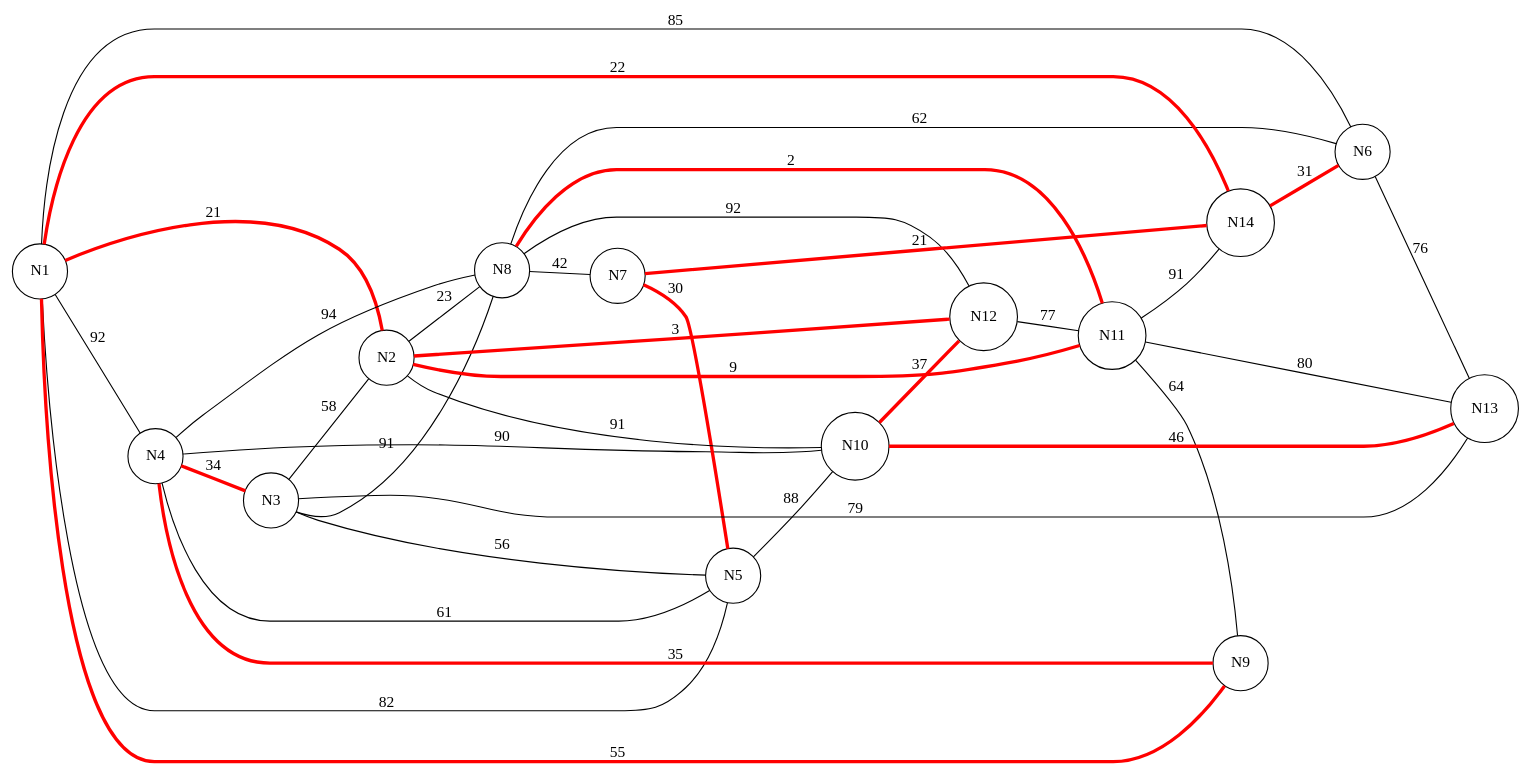
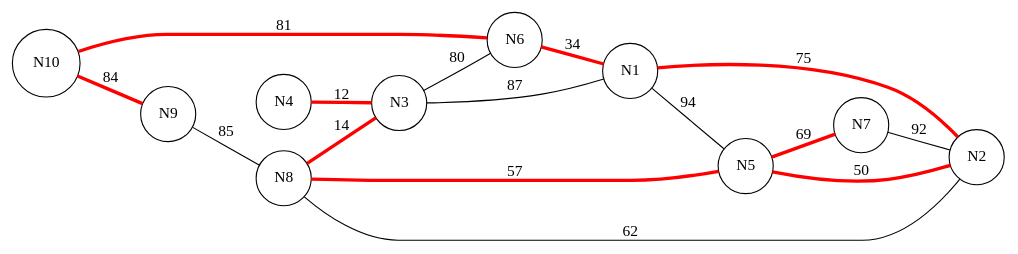
Before and after one commit to derqqx/ass3daa: the diagram in graph_1_kruskal.dot, drawn with Graphviz. The commit also changed 15 other files, not shown here.

Commit message:
git commit -m "feat: implement Graph and Edge classes with DOT visualization"

```diff
--- a/graph_1_kruskal.dot
+++ b/graph_1_kruskal.dot
@@ -1,54 +1,31 @@
 graph G {
   rankdir=LR;
   node [shape=circle];
 
   N1;
   N2;
   N3;
   N4;
   N5;
   N6;
   N7;
   N8;
   N9;
   N10;
-  N12;
-  N11;
-  N14;
-  N13;
 
-  N2 -- N1 [label="21", color="red", penwidth=3.0];
-  N3 -- N2 [label="58"];
-  N4 -- N3 [label="34", color="red", penwidth=3.0];
-  N5 -- N3 [label="56"];
-  N6 -- N1 [label="85"];
-  N7 -- N5 [label="30", color="red", penwidth=3.0];
-  N8 -- N3 [label="91"];
-  N9 -- N1 [label="55", color="red", penwidth=3.0];
-  N10 -- N2 [label="91"];
-  N11 -- N8 [label="2", color="red", penwidth=3.0];
-  N12 -- N11 [label="77"];
-  N13 -- N10 [label="46", color="red", penwidth=3.0];
-  N14 -- N6 [label="31", color="red", penwidth=3.0];
-  N5 -- N10 [label="88"];
-  N1 -- N4 [label="92"];
-  N13 -- N3 [label="79"];
-  N14 -- N1 [label="22", color="red", penwidth=3.0];
-  N4 -- N10 [label="90"];
-  N14 -- N7 [label="21", color="red", penwidth=3.0];
-  N5 -- N1 [label="82"];
-  N11 -- N14 [label="91"];
-  N2 -- N8 [label="23"];
-  N8 -- N7 [label="42"];
-  N10 -- N12 [label="37", color="red", penwidth=3.0];
-  N12 -- N2 [label="3", color="red", penwidth=3.0];
-  N5 -- N4 [label="61"];
-  N12 -- N8 [label="92"];
-  N11 -- N9 [label="64"];
-  N11 -- N13 [label="80"];
-  N6 -- N13 [label="76"];
-  N8 -- N4 [label="94"];
-  N11 -- N2 [label="9", color="red", penwidth=3.0];
-  N9 -- N4 [label="35", color="red", penwidth=3.0];
-  N6 -- N8 [label="62"];
+  N2 -- N1 [label="75", color="red", penwidth=3.0];
+  N3 -- N1 [label="87"];
+  N4 -- N3 [label="12", color="red", penwidth=3.0];
+  N5 -- N2 [label="50", color="red", penwidth=3.0];
+  N6 -- N1 [label="34", color="red", penwidth=3.0];
+  N7 -- N2 [label="92"];
+  N8 -- N3 [label="14", color="red", penwidth=3.0];
+  N9 -- N8 [label="85"];
+  N10 -- N9 [label="84", color="red", penwidth=3.0];
+  N1 -- N5 [label="94"];
+  N8 -- N5 [label="57", color="red", penwidth=3.0];
+  N10 -- N6 [label="81", color="red", penwidth=3.0];
+  N5 -- N7 [label="69", color="red", penwidth=3.0];
+  N8 -- N2 [label="62"];
+  N3 -- N6 [label="80"];
 }
```
